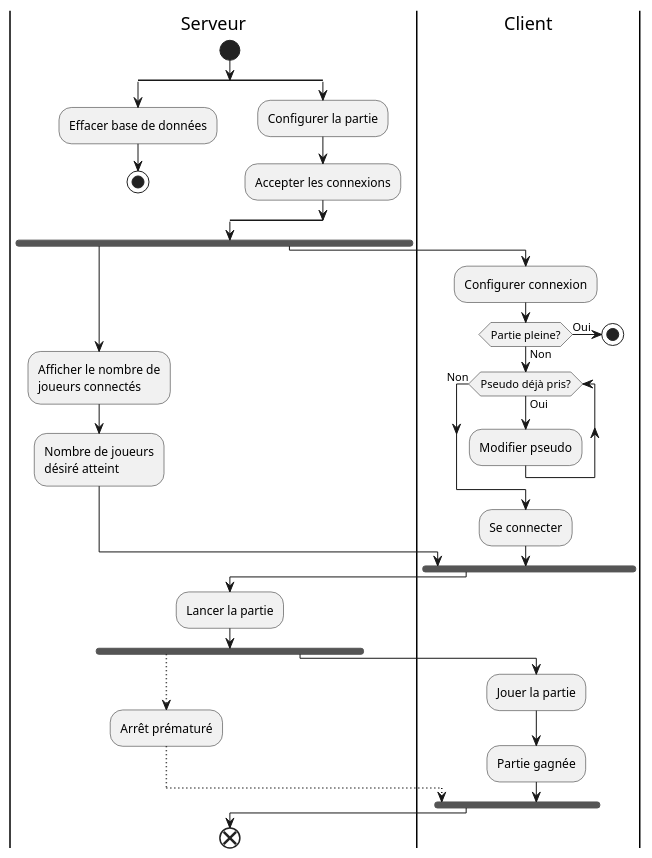
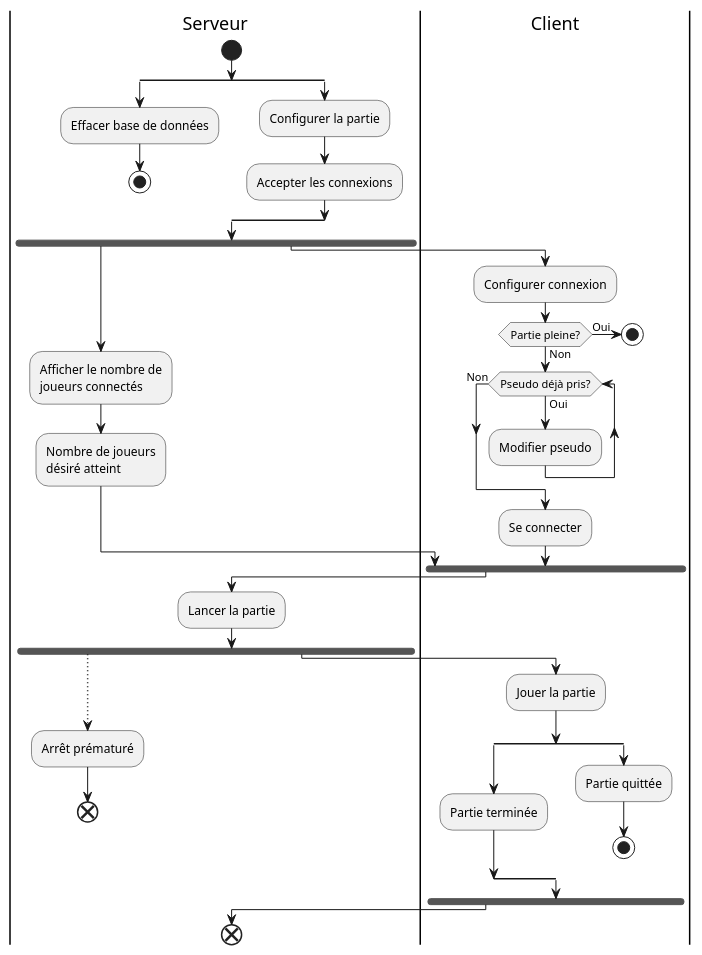
Before and after one commit to heig-vd-gen2017/projet: the diagram in Rapport/diagrammes/DiagrammeDActivite.puml, drawn with PlantUML.

Commit message:
Diagramme d'activité modified

```diff
--- a/Rapport/diagrammes/DiagrammeDActivite.puml
+++ b/Rapport/diagrammes/DiagrammeDActivite.puml
@@ -1,41 +1,46 @@
 @startuml
 |Serveur|
 start
 split
 :Effacer base de données;
 stop
 split again
 :Configurer la partie;
 :Accepter les connexions;
 end split
 fork
 :Afficher le nombre de
 joueurs connectés;
 :Nombre de joueurs
 désiré atteint;
 fork again
 |Client|
 :Configurer connexion;
 if (Partie pleine?) then (Oui)
  stop
 else (Non)
  while (Pseudo déjà pris?) is (Oui)
   :Modifier pseudo;
 endwhile (Non)
 endif
 :Se connecter;
 endfork
 |Serveur|
 :Lancer la partie;
 fork
 -[dotted]->
 :Arrêt prématuré;
--[dotted]->
+end
 fork again
 |Client|
 :Jouer la partie;
-:Partie gagnée;
+split
+:Partie terminée;
+split again
+:Partie quittée;
+stop
+end split
 endfork
 |Serveur|
 end
 @enduml
```
